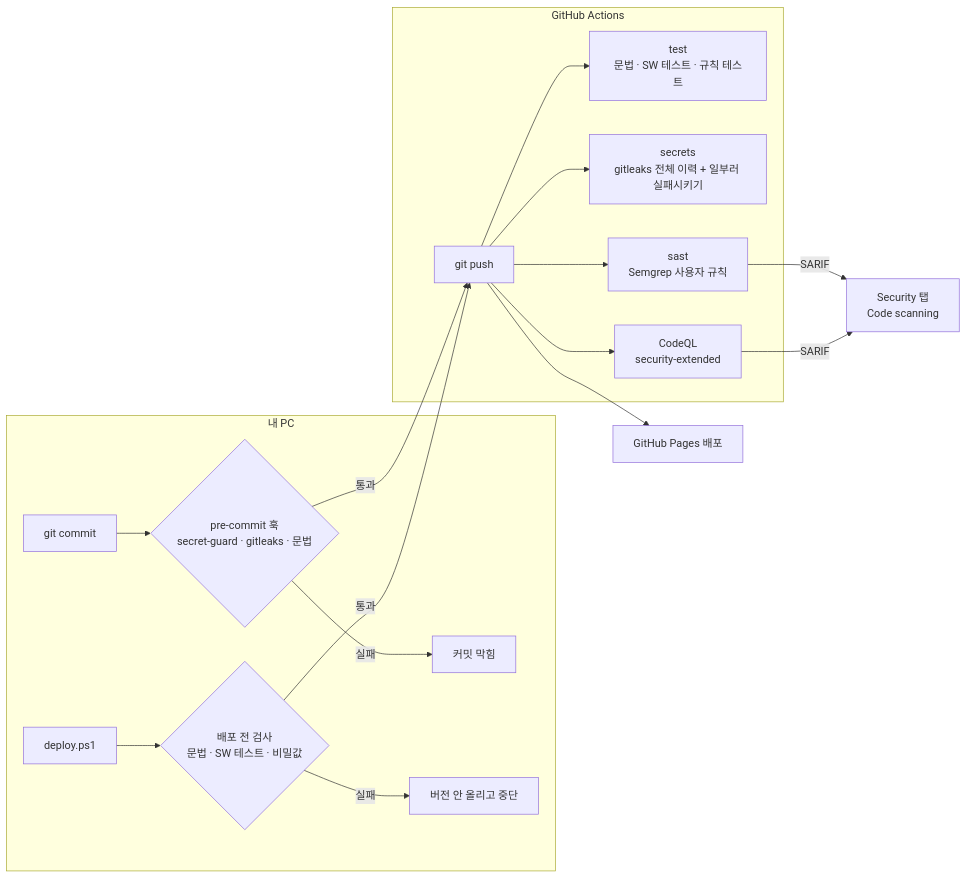
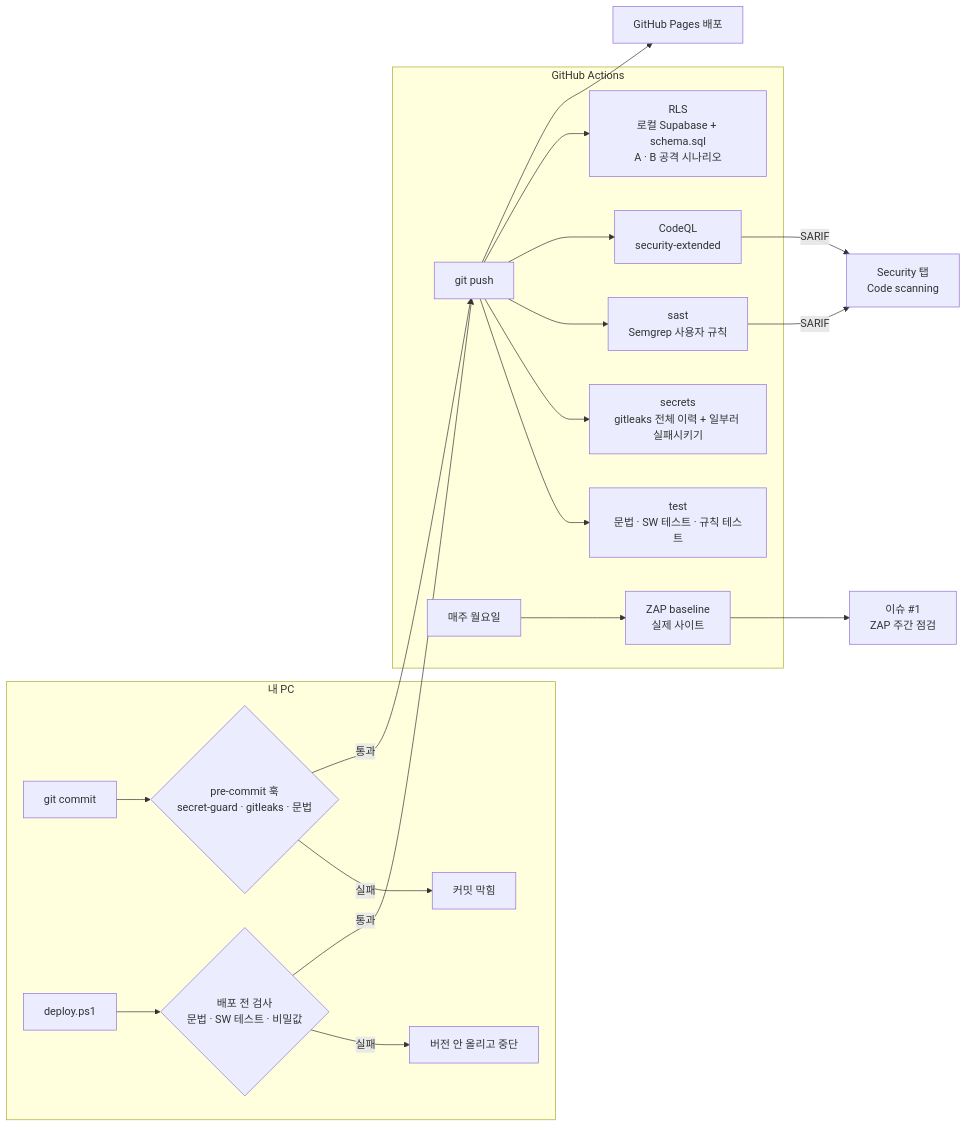
One commit to jmg0929/weekly-planner changed the diagram in docs/10-DevSecOps-파이프라인.md. Above: the diagram before and after it, drawn with Mermaid. The commit also changed other lines of this file and 4 other files, not shown here.

Commit message:
ZAP alert triage table (16 rules with reasons), docs - DevSecOps stage 2 results (RLS 56/56, finding F-01, ZAP triage)

````diff
--- a/docs/10-DevSecOps-파이프라인.md
+++ b/docs/10-DevSecOps-파이프라인.md
@@ -16,20 +17,23 @@
 ```mermaid
 flowchart LR
   subgraph PC["내 PC"]
     C["git commit"] --> H{"pre-commit 훅<br/>secret-guard · gitleaks · 문법"}
     H -- 실패 --> X1["커밋 막힘"]
     D["deploy.ps1"] --> DC{"배포 전 검사<br/>문법 · SW 테스트 · 비밀값"}
     DC -- 실패 --> X2["버전 안 올리고 중단"]
   end
   H -- 통과 --> P["git push"]
   DC -- 통과 --> P
   subgraph GA["GitHub Actions"]
     P --> T["test<br/>문법 · SW 테스트 · 규칙 테스트"]
     P --> S["secrets<br/>gitleaks 전체 이력 + 일부러 실패시키기"]
     P --> SA["sast<br/>Semgrep 사용자 규칙"]
     P --> Q["CodeQL<br/>security-extended"]
+    P --> R["RLS<br/>로컬 Supabase + schema.sql<br/>A · B 공격 시나리오"]
+    W["매주 월요일"] --> Z["ZAP baseline<br/>실제 사이트"]
   end
+  Z --> ISS["이슈 #1<br/>ZAP 주간 점검"]
   SA -- SARIF --> SEC["Security 탭<br/>Code scanning"]
   Q -- SARIF --> SEC
   P --> GH["GitHub Pages 배포"]
 ```
````
